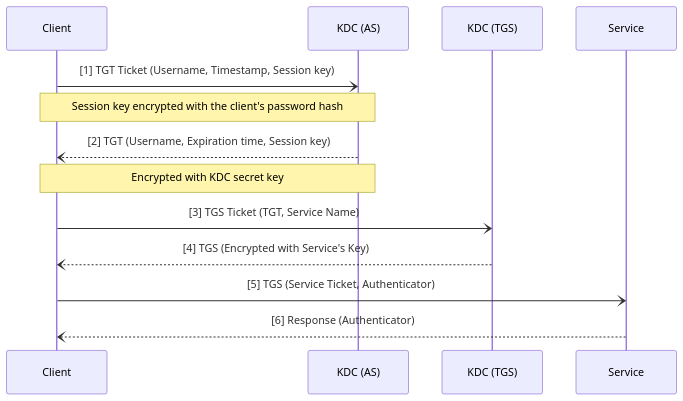
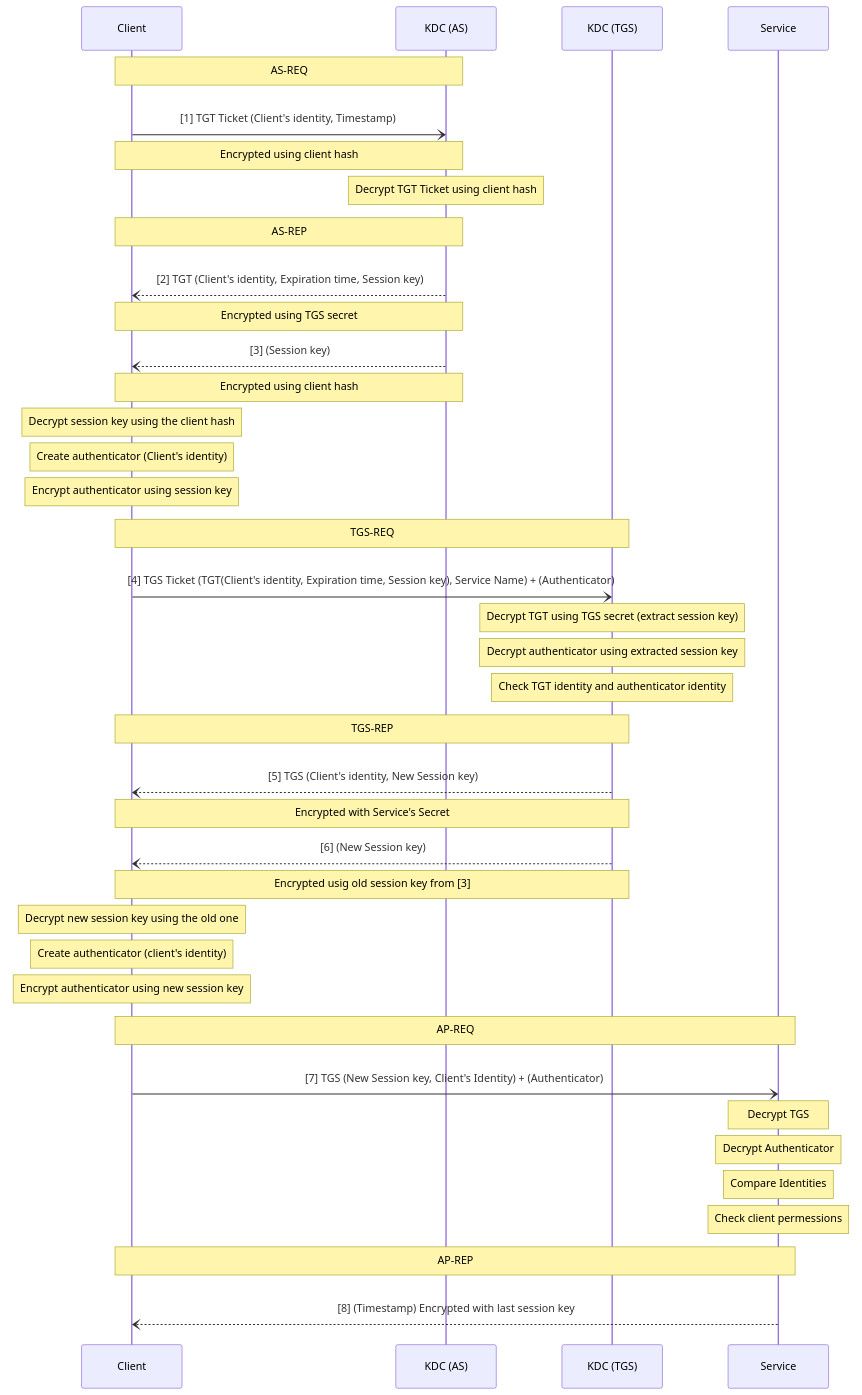
Before and after one commit to AhmedHosniFahmi/Security_notes: the first of 4 diagrams in Penetration_Testing/Operating Systems/Windows/Active Directory/Protocols.md, drawn with Mermaid. The commit also changed other lines of this file and 35 other files, not shown here.

````diff
--- a/Penetration_Testing/Operating Systems/Windows/Active Directory/Protocols.md
+++ b/Penetration_Testing/Operating Systems/Windows/Active Directory/Protocols.md
@@ -27,19 +28,60 @@
 ``` mermaid
 sequenceDiagram
     participant Client
     participant AS as KDC (AS)
     participant TGS as KDC (TGS)
     participant Service as Service
     
-    Client-)AS: [1] TGT Ticket (Username, Timestamp, Session key)
-    Note over Client,AS: Session key encrypted with the client's password hash
+	Note over Client,AS: AS-REQ
+    rect rgb(255,255,255)
+    Client-)AS: [1] TGT Ticket (Client's identity, Timestamp)
+    Note over Client,AS: Encrypted using client hash
+    Note over AS: Decrypt TGT Ticket using client hash 
+    end
     
-    AS--)Client: [2] TGT (Username, Expiration time, Session key)
-    Note over AS,Client: Encrypted with KDC secret key
+    Note over Client,AS: AS-REP
+    rect rgb(255,255,255)
+    AS--)Client: [2] TGT (Client's identity, Expiration time, Session key)
+    Note over AS,Client: Encrypted using TGS secret
     
-    Client-)TGS: [3] TGS Ticket (TGT, Service Name)
-    TGS--)Client: [4] TGS (Encrypted with Service's Key)
+	AS--)Client: [3] (Session key)
+    Note over AS,Client: Encrypted using client hash
+    Note over Client: Decrypt session key using the client hash
+    Note over Client: Create authenticator (Client's identity)
+    Note over Client: Encrypt authenticator using session key
+    end
     
-    Client-)Service: [5] TGS (Service Ticket, Authenticator)
-    Service--)Client: [6] Response (Authenticator)
+    Note over Client,TGS: TGS-REQ
+    rect rgb(255,255,255)
+    Client-)TGS: [4] TGS Ticket (TGT(Client's identity, Expiration time, Session key), Service Name) + (Authenticator)
+    Note over TGS: Decrypt TGT using TGS secret (extract session key)
+    Note over TGS: Decrypt authenticator using extracted session key
+    Note over TGS: Check TGT identity and authenticator identity
+    end
+    
+    Note over Client,TGS: TGS-REP
+    rect rgb(255,255,255)
+    TGS--)Client: [5] TGS (Client's identity, New Session key)
+    Note over TGS,Client: Encrypted with Service's Secret
+    
+	TGS--)Client: [6] (New Session key)
+    Note over TGS,Client: Encrypted usig old session key from [3]
+	Note over Client: Decrypt new session key using the old one
+    Note over Client: Create authenticator (client's identity)
+    Note over Client: Encrypt authenticator using new session key
+    end
+    
+    Note over Client,Service: AP-REQ
+    rect rgb(255,255,255)
+    Client-)Service: [7] TGS (New Session key, Client's Identity) + (Authenticator)
+    Note over Service: Decrypt TGS
+    Note over Service: Decrypt Authenticator
+    Note over Service: Compare Identities
+    Note over Service: Check client permessions
+    end
+    
+    Note over Client,Service: AP-REP
+    rect rgb(255,255,255)
+    Service--)Client: [8] (Timestamp) Encrypted with last session key
+    end
 ```
````
